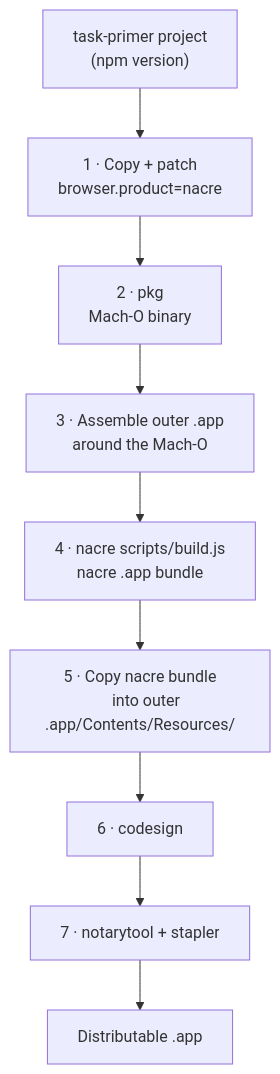
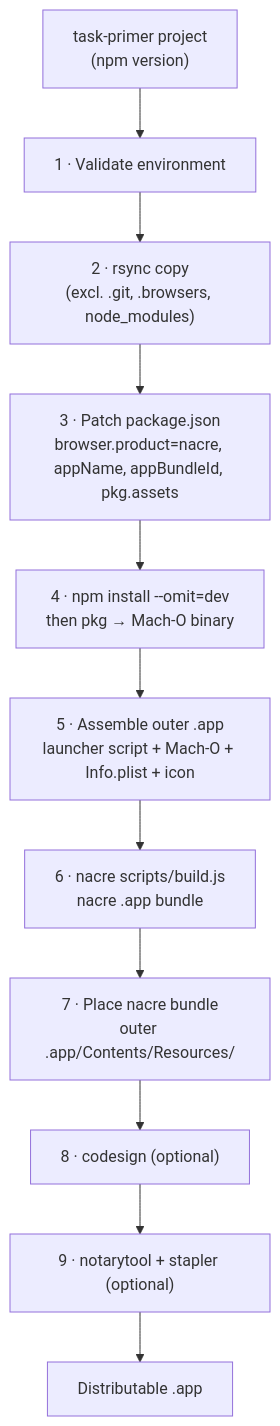
Before and after one commit to ciacob/mantle: the diagram in sample-descriptors/task-primer-nacre/README.md, drawn with Mermaid. The commit also changed other lines of this file and 1 other file, not shown here.

````diff
--- a/sample-descriptors/task-primer-nacre/README.md
+++ b/sample-descriptors/task-primer-nacre/README.md
@@ -11,17 +11,13 @@
 ```mermaid
 flowchart TD
-    A["task-primer project
-    (npm version)"] --> B["1 · Copy + patch
-    browser.product=nacre"]
-    B --> C["2 · pkg
-    Mach-O binary"]
-    C --> D["3 · Assemble outer .app
-    around the Mach-O"]
-    D --> E["4 · nacre scripts/build.js
-    nacre .app bundle"]
-    E --> F["5 · Copy nacre bundle
-    into outer .app/Contents/Resources/"]
-    F --> G["6 · codesign"]
-    G --> H["7 · notarytool + stapler"]
-    H --> I["Distributable .app"]
+    A["task-primer project\n(npm version)"] --> B["1 · Validate environment"]
+    B --> C["2 · rsync copy\n(excl. .git, .browsers, node_modules)"]
+    C --> D["3 · Patch package.json\nbrowser.product=nacre, appName, appBundleId, pkg.assets"]
+    D --> E["4 · npm install --omit=dev\nthen pkg → Mach-O binary"]
+    E --> F["5 · Assemble outer .app\nlauncher script + Mach-O + Info.plist + icon"]
+    F --> G["6 · nacre scripts/build.js\nnacre .app bundle"]
+    G --> H["7 · Place nacre bundle\nouter .app/Contents/Resources/"]
+    H --> I["8 · codesign (optional)"]
+    I --> J["9 · notarytool + stapler (optional)"]
+    J --> K["Distributable .app"]
 ```
````
